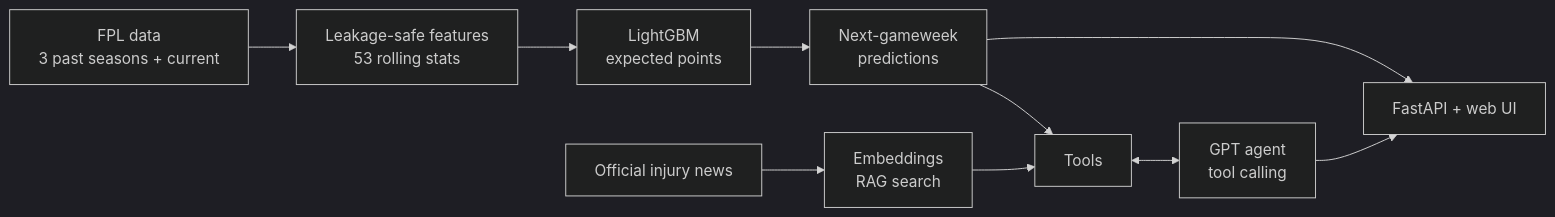
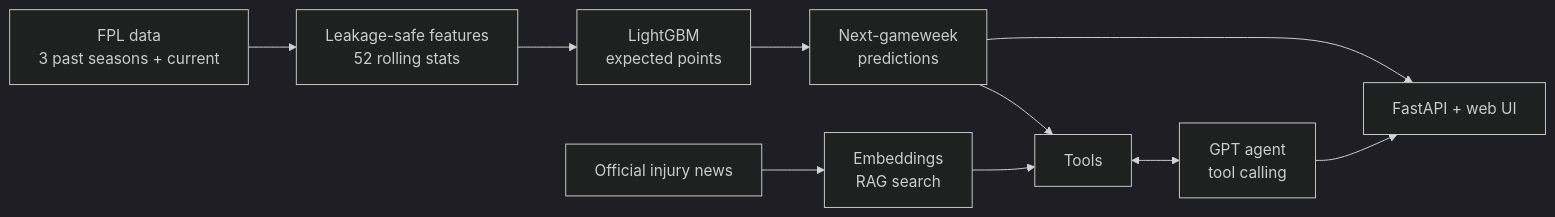
Before and after one commit to axel-lindberg/scout-iq: the diagram in README.md, drawn with Mermaid (dark theme). The commit also changed other lines of this file and 29 other files, not shown here.

````diff
--- a/README.md
+++ b/README.md
@@ -30,12 +30,12 @@
 ```mermaid
 flowchart LR
-    A[FPL data<br/>3 past seasons + current] --> B[Leakage-safe features<br/>53 rolling stats]
+    A[FPL data<br/>3 past seasons + current] --> B[Leakage-safe features<br/>52 rolling stats]
     B --> C[LightGBM<br/>expected points]
     C --> D[Next-gameweek<br/>predictions]
     N[Official injury news] --> E[Embeddings<br/>RAG search]
     D --> T[Tools]
     E --> T
     T <--> G[GPT agent<br/>tool calling]
     G --> W[FastAPI + web UI]
     D --> W
 ```
````
